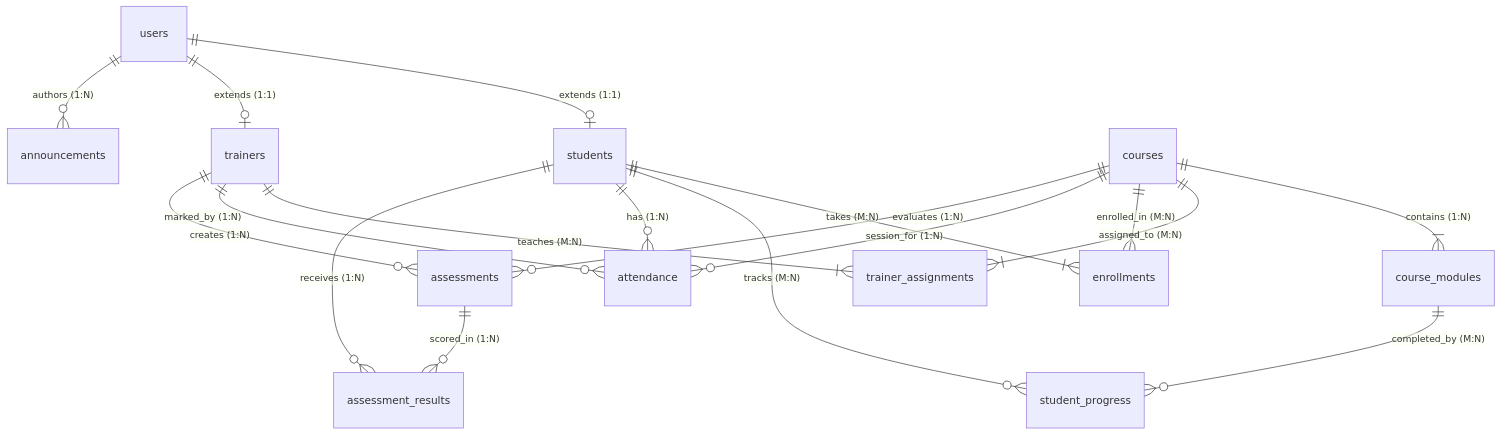
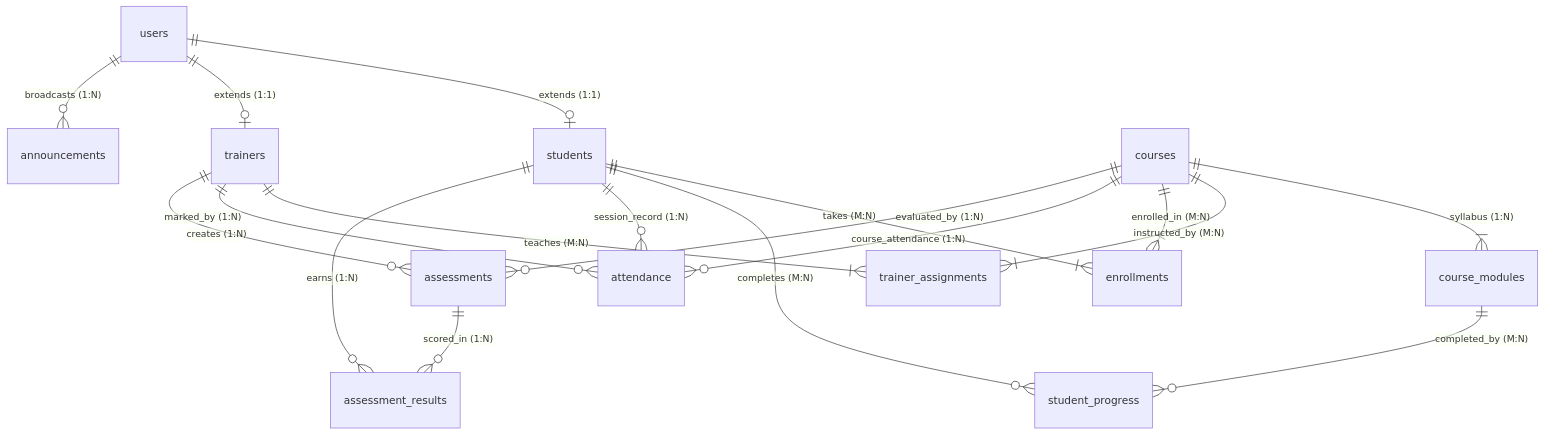
One commit to prakashrajbnk2-creator/Traning_Management changed the diagram in README.md. Above: the diagram before and after it, drawn with Mermaid. The commit also changed other lines of this file and 48 other files, not shown here.

````diff
--- a/README.md
+++ b/README.md
@@ -43,26 +58,26 @@
 ```mermaid
 erDiagram
     users ||--o| students : "extends (1:1)"
     users ||--o| trainers : "extends (1:1)"
-    users ||--o{ announcements : "authors (1:N)"
+    users ||--o{ announcements : "broadcasts (1:N)"
 
-    courses ||--|{ course_modules : "contains (1:N)"
-    courses ||--|{ trainer_assignments : "assigned_to (M:N)"
+    courses ||--|{ course_modules : "syllabus (1:N)"
+    courses ||--|{ trainer_assignments : "instructed_by (M:N)"
     trainers ||--|{ trainer_assignments : "teaches (M:N)"
 
     courses ||--|{ enrollments : "enrolled_in (M:N)"
     students ||--|{ enrollments : "takes (M:N)"
 
-    students ||--o{ student_progress : "tracks (M:N)"
+    students ||--o{ student_progress : "completes (M:N)"
     course_modules ||--o{ student_progress : "completed_by (M:N)"
 
-    students ||--o{ attendance : "has (1:N)"
-    courses ||--o{ attendance : "session_for (1:N)"
+    students ||--o{ attendance : "session_record (1:N)"
+    courses ||--o{ attendance : "course_attendance (1:N)"
     trainers ||--o{ attendance : "marked_by (1:N)"
 
-    courses ||--o{ assessments : "evaluates (1:N)"
+    courses ||--o{ assessments : "evaluated_by (1:N)"
     trainers ||--o{ assessments : "creates (1:N)"
 
     assessments ||--o{ assessment_results : "scored_in (1:N)"
-    students ||--o{ assessment_results : "receives (1:N)"
+    students ||--o{ assessment_results : "earns (1:N)"
 ```
````
